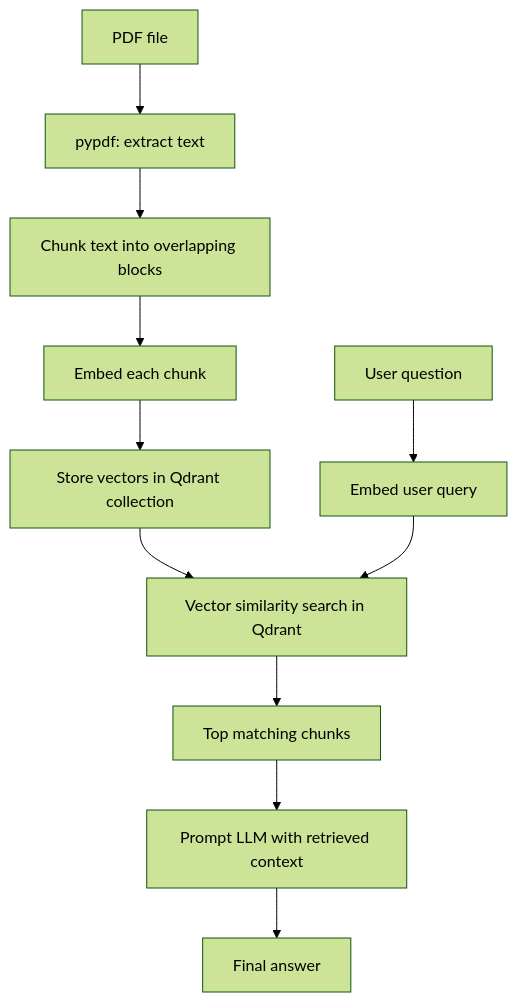
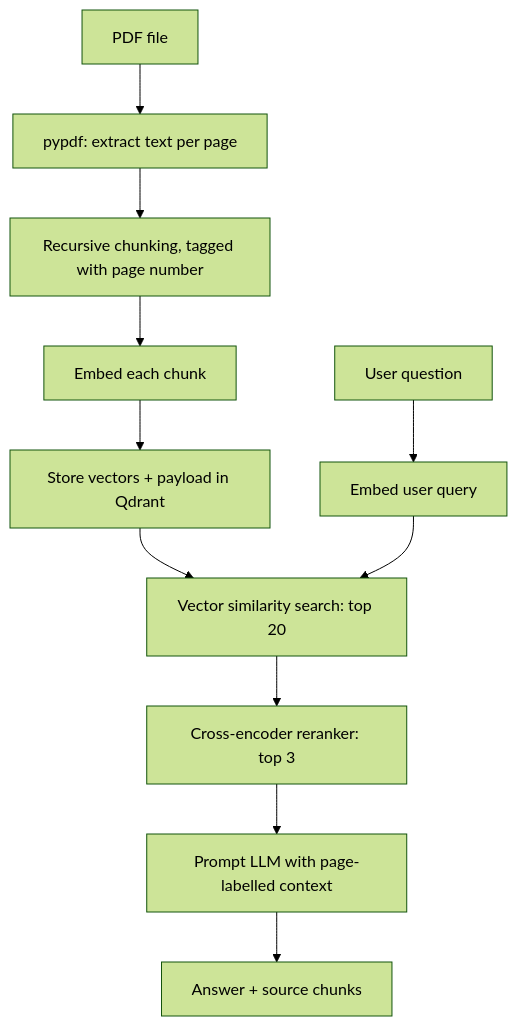
The first of 2 diagrams in README.md (a-maniac/pdf-qna-using-rag), drawn with Mermaid (forest theme) before and after one commit. The commit also changed other lines of this file and 10 other files, not shown here.

````diff
--- a/README.md
+++ b/README.md
@@ -11,13 +21,13 @@
 ```mermaid
 flowchart TD
-    A[PDF file] --> B[pypdf: extract text]
-    B --> C[Chunk text into overlapping blocks]
+    A[PDF file] --> B[pypdf: extract text per page]
+    B --> C[Recursive chunking, tagged with page number]
     C --> D[Embed each chunk]
-    D --> E[Store vectors in Qdrant collection]
+    D --> E[Store vectors + payload in Qdrant]
     F[User question] --> G[Embed user query]
-    E --> H[Vector similarity search in Qdrant]
+    E --> H[Vector similarity search: top 20]
     G --> H
-    H --> I[Top matching chunks]
-    I --> J[Prompt LLM with retrieved context]
-    J --> K[Final answer]
+    H --> R[Cross-encoder reranker: top 3]
+    R --> J[Prompt LLM with page-labelled context]
+    J --> K[Answer + source chunks]
 ```
````
